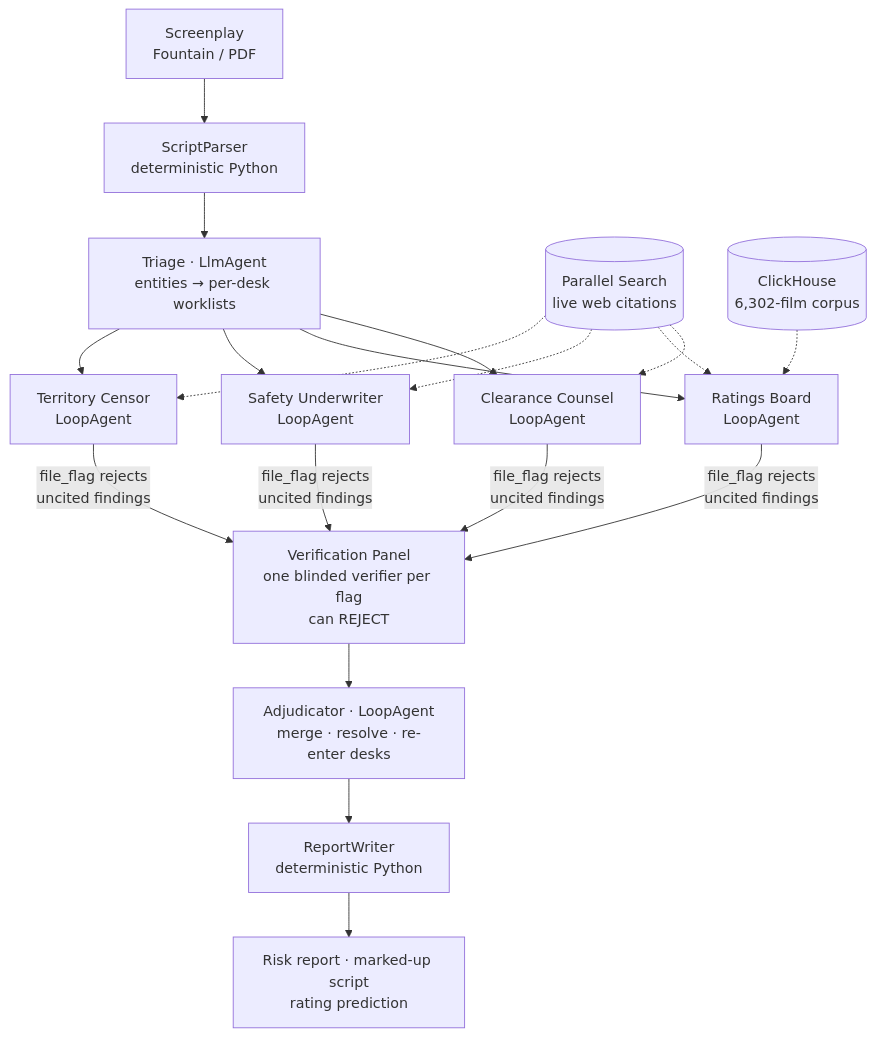
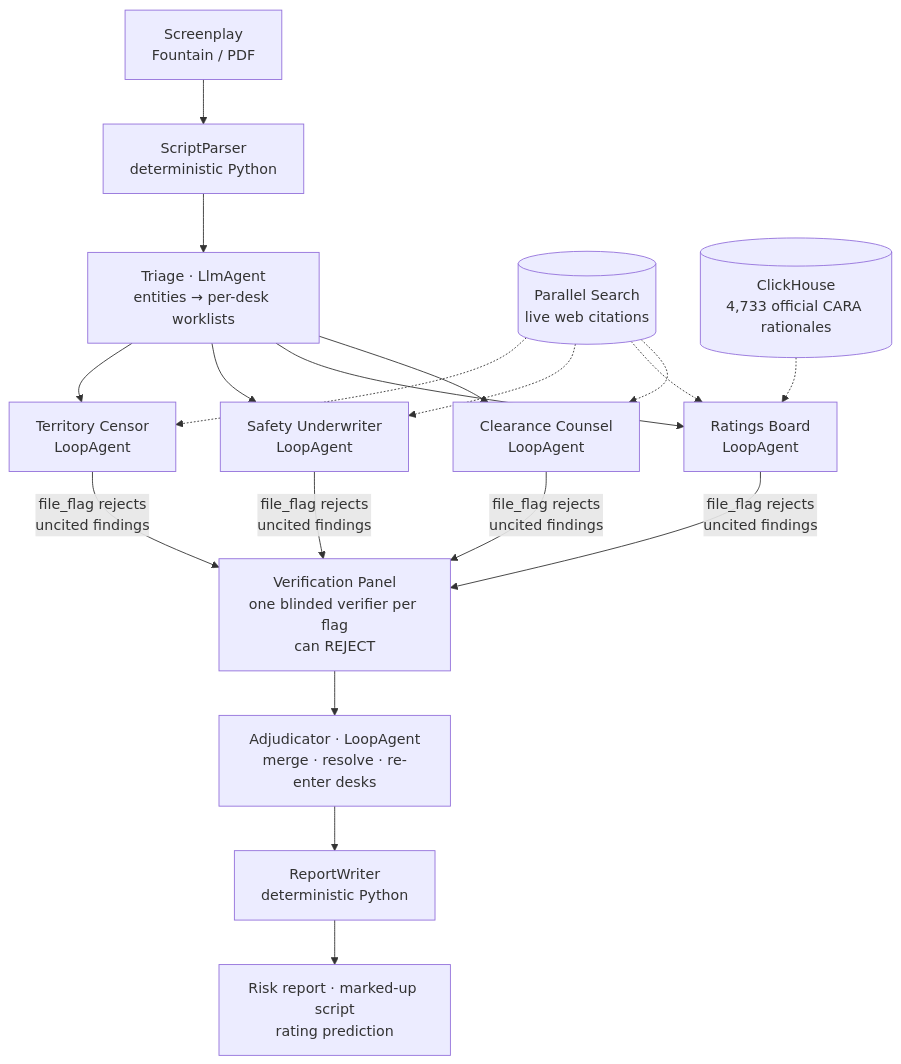
The diagram in README.md (lalitlouis/greenlight), drawn with Mermaid before and after one commit. The commit also changed other lines of this file and 3 other files, not shown here.

````diff
--- a/README.md
+++ b/README.md
@@ -24,15 +24,15 @@
 ```mermaid
 flowchart TD
     A[Screenplay<br/>Fountain / PDF] --> B[ScriptParser<br/>deterministic Python]
     B --> C[Triage · LlmAgent<br/>entities → per-desk worklists]
     C --> D1[Clearance Counsel<br/>LoopAgent]
     C --> D2[Ratings Board<br/>LoopAgent]
     C --> D3[Safety Underwriter<br/>LoopAgent]
     C --> D4[Territory Censor<br/>LoopAgent]
     D1 & D2 & D3 & D4 -->|file_flag rejects<br/>uncited findings| V[Verification Panel<br/>one blinded verifier per flag<br/>can REJECT]
     V --> J[Adjudicator · LoopAgent<br/>merge · resolve · re-enter desks]
     J --> R[ReportWriter<br/>deterministic Python]
     R --> O[Risk report · marked-up script<br/>rating prediction]
     P[(Parallel Search<br/>live web citations)] -.-> D1 & D2 & D3 & D4
-    K[(ClickHouse<br/>6,302-film corpus)] -.-> D2
+    K[(ClickHouse<br/>4,733 official CARA rationales)] -.-> D2
 ```
````
